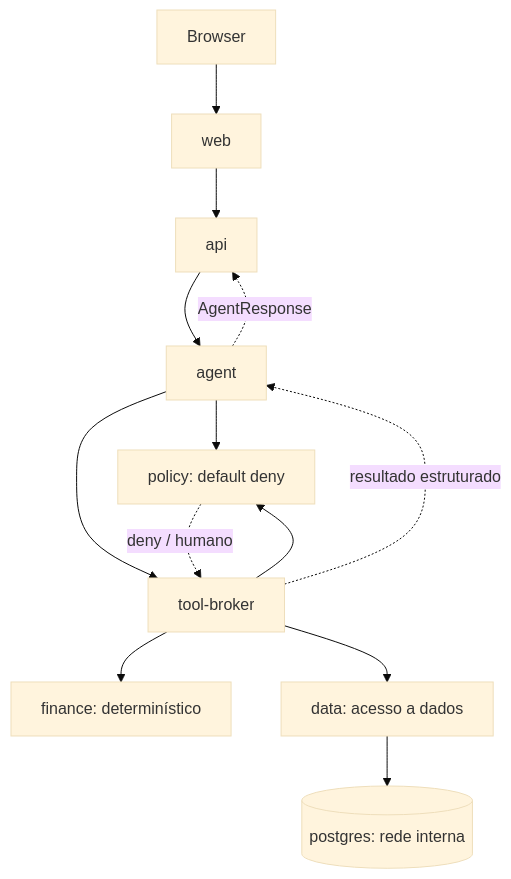
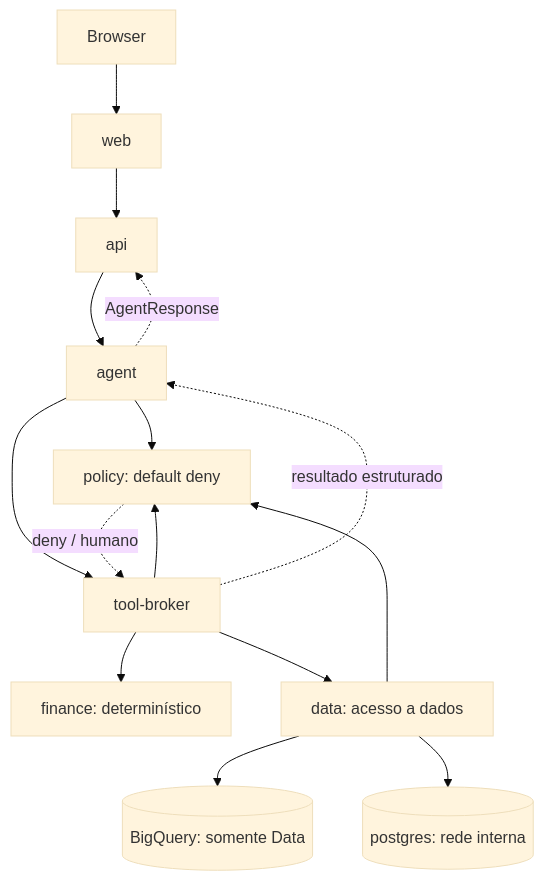
The diagram in docs/architecture/ARCHITECTURE.md (escossio/ita-agent-batalha), drawn with Mermaid (base theme) before and after one commit. The commit also changed other lines of this file and 39 other files, not shown here.

Commit message:
feat(runtime): authorize BigQuery journey and return incomplete financial context

````diff
--- a/docs/architecture/ARCHITECTURE.md
+++ b/docs/architecture/ARCHITECTURE.md
@@ -6,15 +5,17 @@
 ```mermaid
 flowchart TD
   browser[Browser] --> web[web]
   web --> api[api]
   api --> agent[agent]
   agent --> policy[policy: default deny]
   agent --> broker[tool-broker]
   broker --> policy
   broker --> finance[finance: determinístico]
   broker --> data[data: acesso a dados]
+  data --> policy
+  data --> bq[(BigQuery: somente Data)]
   data --> postgres[(postgres: rede interna)]
   policy -. deny / humano .-> broker
   broker -. resultado estruturado .-> agent
   agent -. AgentResponse .-> api
 ```
````
